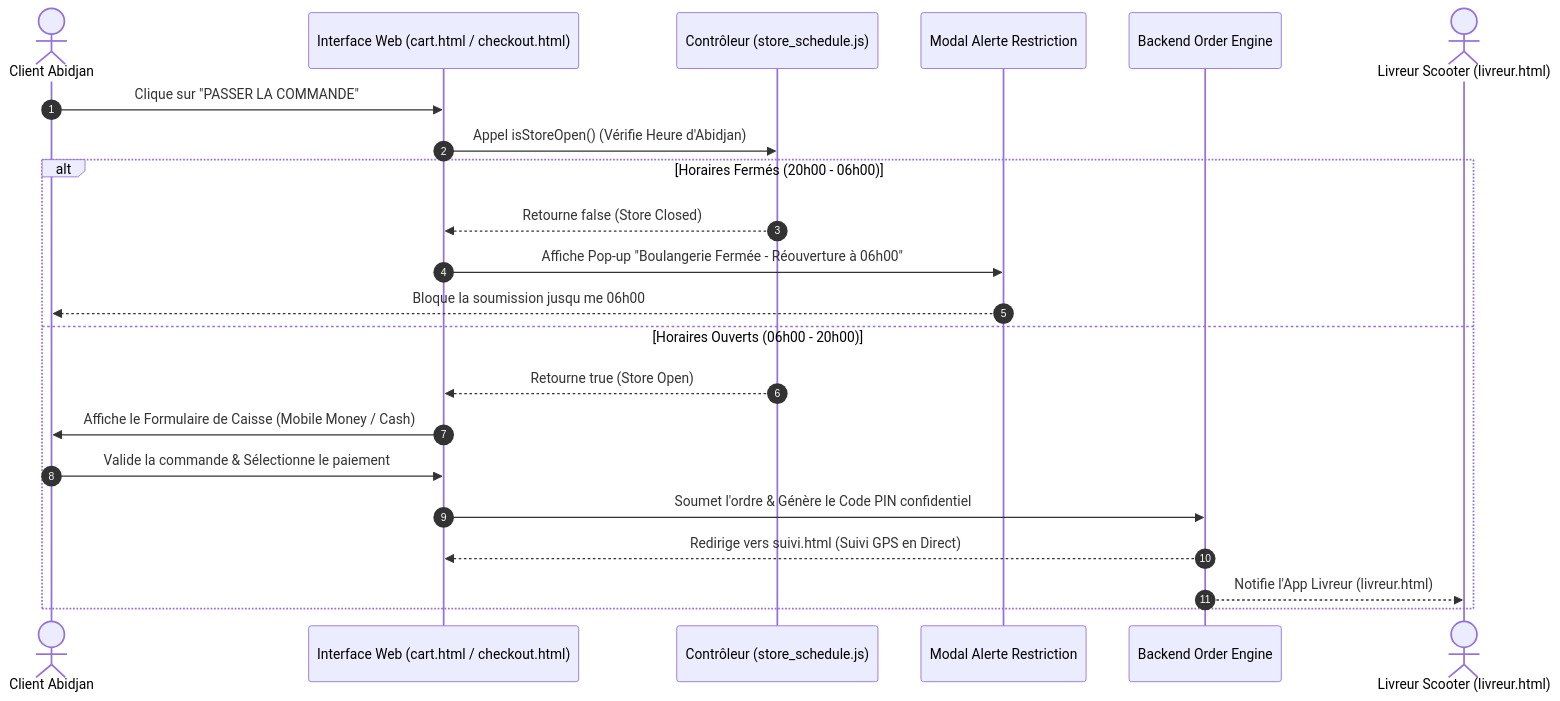
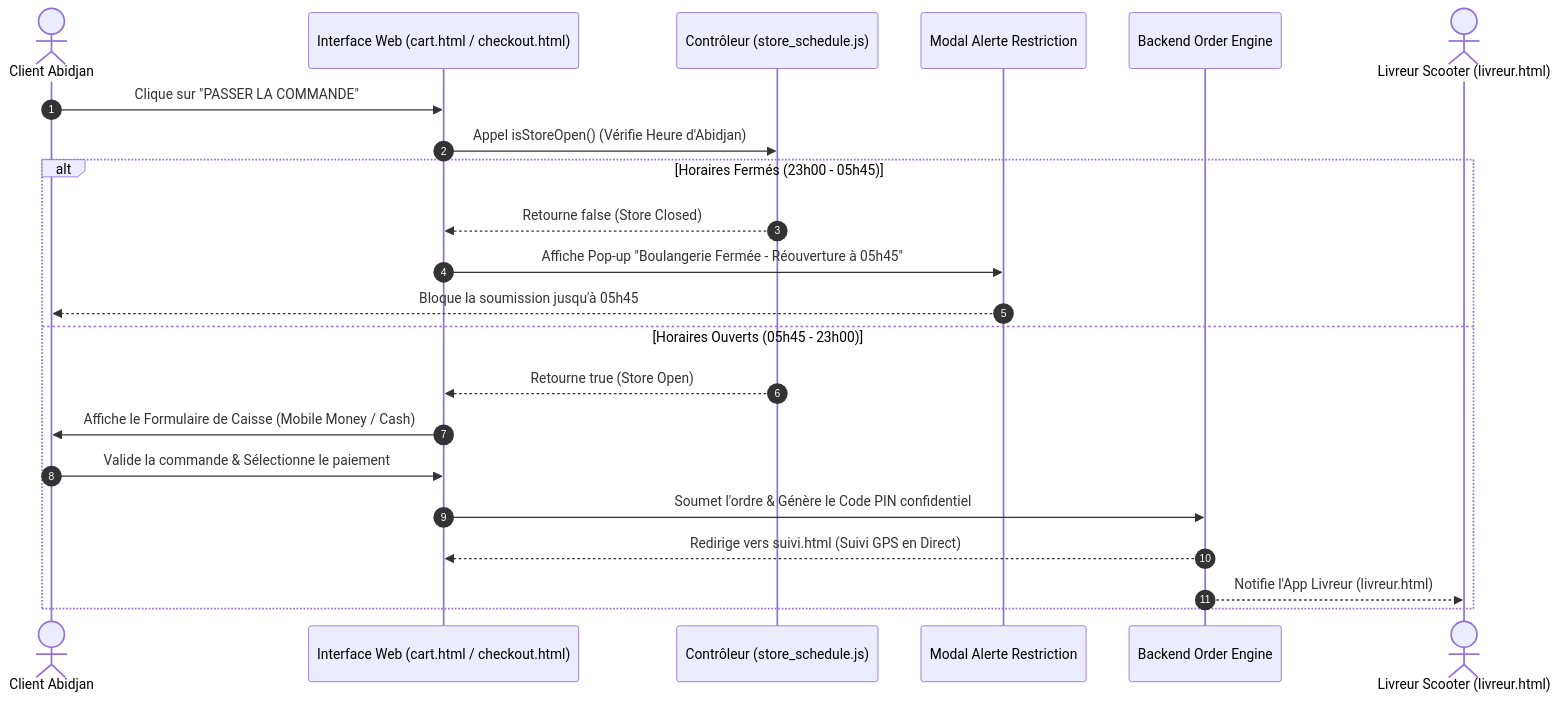
The second of 3 diagrams in ARCHITECTURE.md (Christ-Hub-pixel/Boulangerie-de-BABI), drawn with Mermaid before and after one commit. The commit also changed other lines of this file and 43 other files, not shown here.

````diff
--- a/ARCHITECTURE.md
+++ b/ARCHITECTURE.md
@@ -69,26 +69,26 @@
 ```mermaid
 sequenceDiagram
     autonumber
     actor C as Client Abidjan
     participant W as Interface Web (cart.html / checkout.html)
     participant S as Contrôleur (store_schedule.js)
     participant M as Modal Alerte Restriction
     participant B as Backend Order Engine
     actor L as Livreur Scooter (livreur.html)
 
     C->>W: Clique sur "PASSER LA COMMANDE"
     W->>S: Appel isStoreOpen() (Vérifie Heure d'Abidjan)
     
-    alt Horaires Fermés (20h00 - 06h00)
+    alt Horaires Fermés (23h00 - 05h45)
         S-->>W: Retourne false (Store Closed)
-        W->>M: Affiche Pop-up "Boulangerie Fermée - Réouverture à 06h00"
-        M-->>C: Bloque la soumission jusqu me 06h00
-    else Horaires Ouverts (06h00 - 20h00)
+        W->>M: Affiche Pop-up "Boulangerie Fermée - Réouverture à 05h45"
+        M-->>C: Bloque la soumission jusqu'à 05h45
+    else Horaires Ouverts (05h45 - 23h00)
         S-->>W: Retourne true (Store Open)
         W->>C: Affiche le Formulaire de Caisse (Mobile Money / Cash)
         C->>W: Valide la commande & Sélectionne le paiement
         W->>B: Soumet l'ordre & Génère le Code PIN confidentiel
         B-->>W: Redirige vers suivi.html (Suivi GPS en Direct)
         B-->>L: Notifie l'App Livreur (livreur.html)
     end
 ```
````
